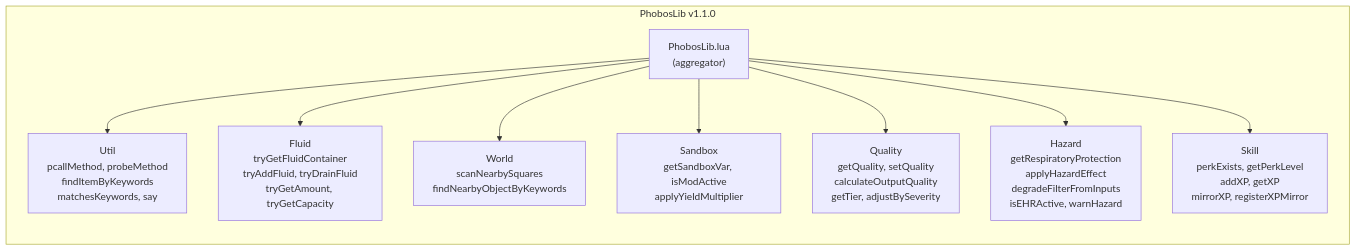
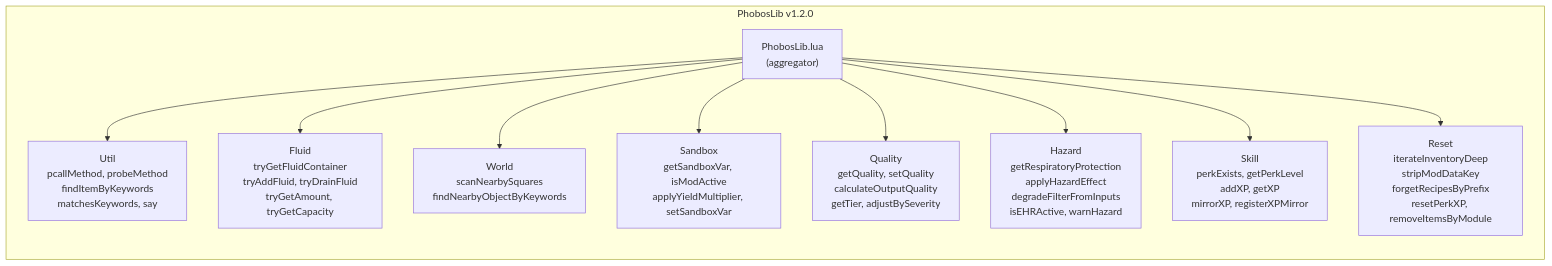
One commit to phobos-dthorga/mod-pz-phobos-lib changed the diagram in docs/mermaid-src/phoboslib-modules.mmd. Above: the diagram before and after it, drawn with Mermaid. The commit also changed 3 other files, not shown here.

First line of the commit message:
docs: Update module diagram and API reference to v1.2.0

```diff
--- a/docs/mermaid-src/phoboslib-modules.mmd
+++ b/docs/mermaid-src/phoboslib-modules.mmd
@@ -1,26 +1,29 @@
 graph LR
-    subgraph LIB["PhobosLib v1.1.0"]
+    subgraph LIB["PhobosLib v1.2.0"]
         INIT["PhobosLib.lua<br/>(aggregator)"]
 
         UTIL["Util<br/>pcallMethod, probeMethod<br/>findItemByKeywords<br/>matchesKeywords, say"]
 
         FLUID["Fluid<br/>tryGetFluidContainer<br/>tryAddFluid, tryDrainFluid<br/>tryGetAmount, tryGetCapacity"]
 
         WORLD["World<br/>scanNearbySquares<br/>findNearbyObjectByKeywords"]
 
-        SANDBOX["Sandbox<br/>getSandboxVar, isModActive<br/>applyYieldMultiplier"]
+        SANDBOX["Sandbox<br/>getSandboxVar, isModActive<br/>applyYieldMultiplier, setSandboxVar"]
 
         QUALITY["Quality<br/>getQuality, setQuality<br/>calculateOutputQuality<br/>getTier, adjustBySeverity"]
 
         HAZ["Hazard<br/>getRespiratoryProtection<br/>applyHazardEffect<br/>degradeFilterFromInputs<br/>isEHRActive, warnHazard"]
 
         SKL["Skill<br/>perkExists, getPerkLevel<br/>addXP, getXP<br/>mirrorXP, registerXPMirror"]
+
+        RST["Reset<br/>iterateInventoryDeep<br/>stripModDataKey<br/>forgetRecipesByPrefix<br/>resetPerkXP, removeItemsByModule"]
     end
 
     INIT --> UTIL
     INIT --> FLUID
     INIT --> WORLD
     INIT --> SANDBOX
     INIT --> QUALITY
     INIT --> HAZ
     INIT --> SKL
+    INIT --> RST
```
